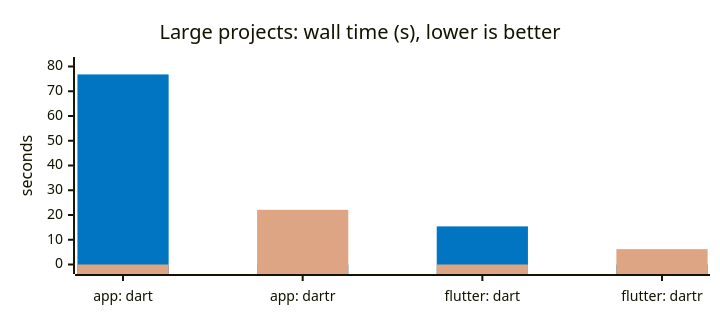
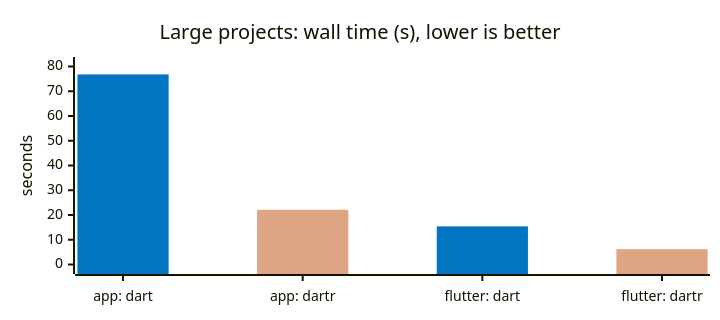
One commit to orestesgaolin/dartr changed the first of 2 diagrams in README.md. Above: the diagram before and after it, drawn with Mermaid. The commit also changed other lines of this file, not shown here.

Commit message:
docs(readme): no placeholder strips under benchmark bars

````diff
--- a/README.md
+++ b/README.md
@@ -137,16 +137,17 @@
 ```mermaid
 ---
 config:
   xyChart:
     height: 300
   themeVariables:
     xyChart:
       plotColorPalette: "#0175C2, #DEA584"
 ---
 xychart-beta
+    %% -100 = no bar: one series per tool gives each tool its own color
     title "Large projects: wall time (s), lower is better"
     x-axis ["app: dart", "app: dartr", "flutter: dart", "flutter: dartr"]
     y-axis "seconds" 0 --> 80
-    bar [76.8, 0, 15.4, 0]
-    bar [0, 22.1, 0, 6.2]
+    bar [76.8, -100, 15.4, -100]
+    bar [-100, 22.1, -100, 6.2]
 ```
````
